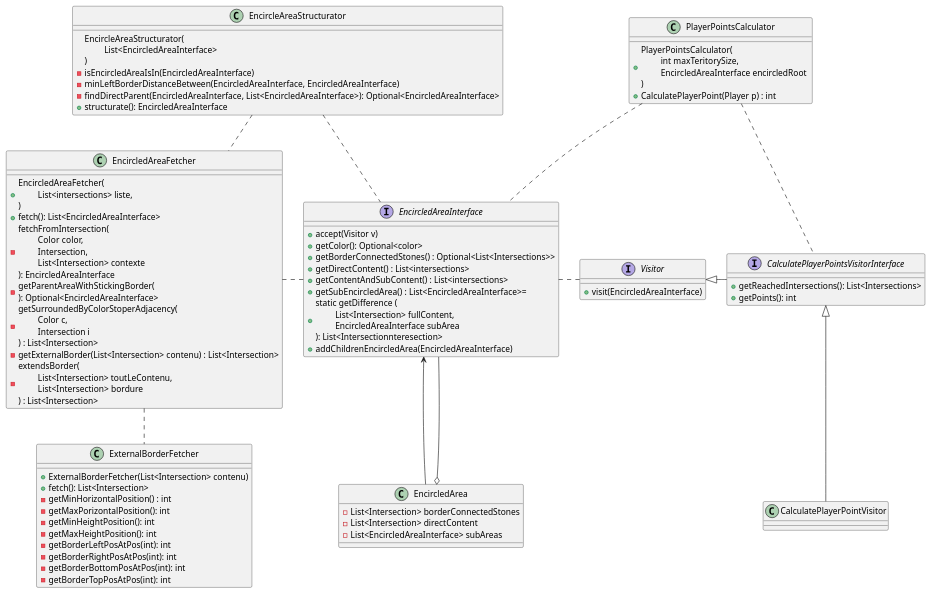
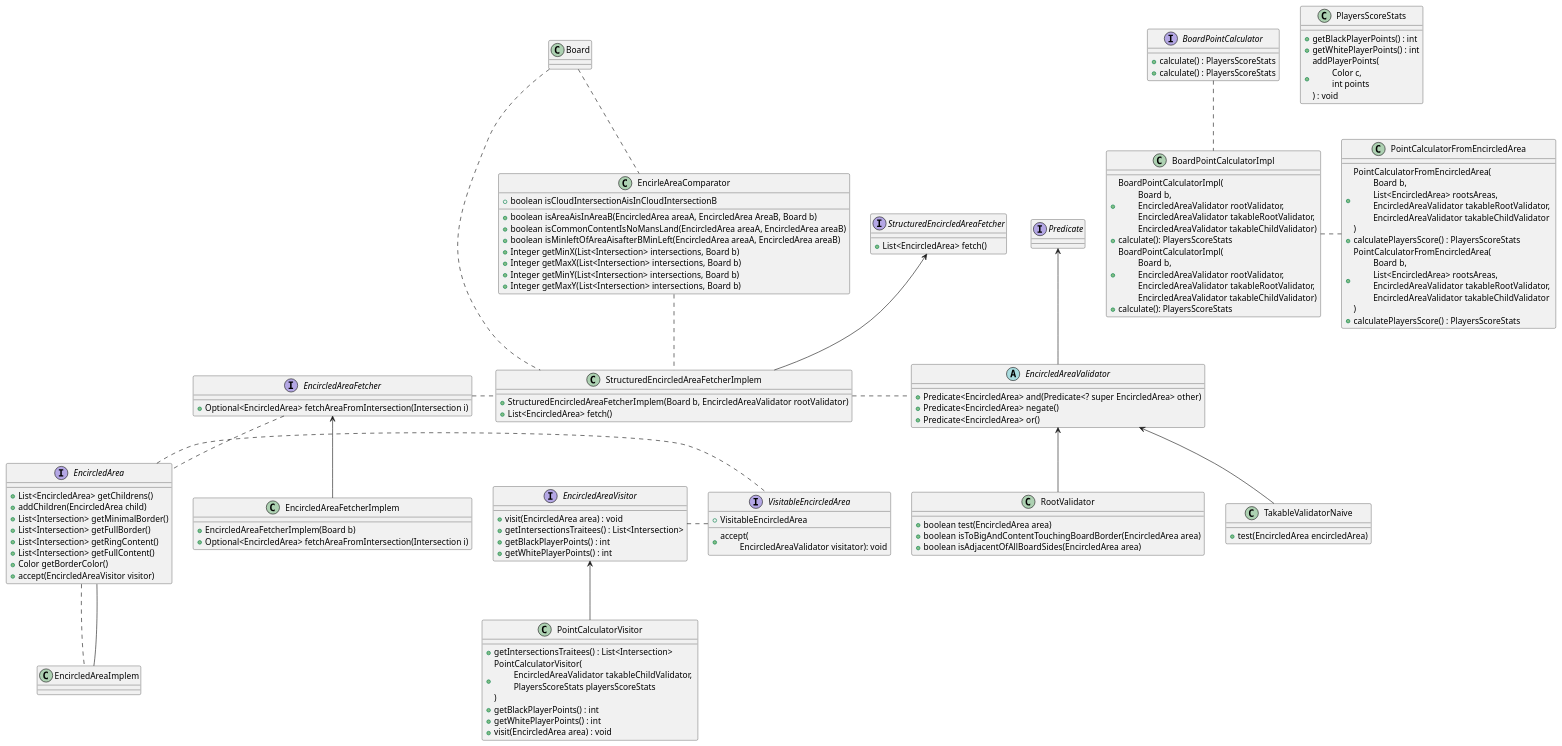
The diagram in src/conceptionComptagePoints.puml (pierrelucueisd/compteurpoints-jeu-go-java), drawn with PlantUML before and after one commit.

Commit message:
ajout pum

```diff
--- a/src/conceptionComptagePoints.puml
+++ b/src/conceptionComptagePoints.puml
@@ -1,79 +1,166 @@
 @startuml
 
+Board .. EncirleAreaComparator
 
-class PlayerPointsCalculator {
-    +PlayerPointsCalculator(\n\t int maxTeritorySize, \n\t EncircledAreaInterface encircledRoot \n)
-    +CalculatePlayerPoint(Player p) : int
+class EncirleAreaComparator {
+    + boolean isAreaAisInAreaB(EncircledArea areaA, EncircledArea AreaB, Board b)
+    + boolean isCloudIntersectionAisInCloudIntersectionB
+    + boolean isCommonContentIsNoMansLand(EncircledArea areaA, EncircledArea areaB)
+    + boolean isMinleftOfAreaAisafterBMinLeft(EncircledArea areaA, EncircledArea areaB)
+    + Integer getMinX(List<Intersection> intersections, Board b)
+    + Integer getMaxX(List<Intersection> intersections, Board b)
+    + Integer getMinY(List<Intersection> intersections, Board b)
+    + Integer getMaxY(List<Intersection> intersections, Board b)
 }
-PlayerPointsCalculator .. CalculatePlayerPointsVisitorInterface
-PlayerPointsCalculator .. EncircledAreaInterface
 
-interface CalculatePlayerPointsVisitorInterface {
-    +getReachedIntersections(): List<Intersections>
-    +getPoints(): int
+interface EncircledAreaFetcher {
++Optional<EncircledArea> fetchAreaFromIntersection(Intersection i)
 }
-CalculatePlayerPointsVisitorInterface <|-- CalculatePlayerPointVisitor
 
-interface Visitor {
-    +visit(EncircledAreaInterface)
+EncircledAreaFetcher <-- EncircledAreaFetcherImplem
+
+class EncircledAreaFetcherImplem {
+ + EncircledAreaFetcherImplem(Board b)
+ + Optional<EncircledArea> fetchAreaFromIntersection(Intersection i)
 }
-Visitor <|- CalculatePlayerPointsVisitorInterface
-EncircledAreaInterface . Visitor
+
+interface StructuredEncircledAreaFetcher {
+ + List<EncircledArea> fetch()
+}
 
 
-Interface EncircledAreaInterface {
-    +accept(Visitor v)
-    +getColor(): Optional<color>
-    +getBorderConnectedStones() : Optional<List<Intersections>>
-    +getDirectContent() : List<intersections>
-    +getContentAndSubContent() : List<intersections>
-    +getSubEncircledArea() : List<EncircledAreaInterface>=
-    + static getDifference (\n\t List<Intersection> fullContent, \n\t EncircledAreaInterface subArea\n): List<Intersectionnteresection>
-    + addChildrenEncircledArea(EncircledAreaInterface)
-}
-class EncircledArea{
-  -List<Intersection> borderConnectedStones
-  -List<Intersection> directContent
-  -List<EncircledAreaInterface> subAreas
+Board .. StructuredEncircledAreaFetcherImplem
+
+StructuredEncircledAreaFetcher <-- StructuredEncircledAreaFetcherImplem
+
+EncircledAreaFetcher . StructuredEncircledAreaFetcherImplem
+EncirleAreaComparator .. StructuredEncircledAreaFetcherImplem
+
+class StructuredEncircledAreaFetcherImplem {
+ + StructuredEncircledAreaFetcherImplem(Board b, EncircledAreaValidator rootValidator)
+ + List<EncircledArea> fetch()
 }
 
-EncircledAreaInterface <-- EncircledArea
-EncircledAreaInterface --o EncircledArea
+interface Predicate
+
+Predicate <-- EncircledAreaValidator
+
+abstract class EncircledAreaValidator {
+    +Predicate<EncircledArea> and(Predicate<? super EncircledArea> other)
+    +Predicate<EncircledArea> negate()
+    +Predicate<EncircledArea> or()
+}
+
+EncircledAreaValidator <-- RootValidator
+
+class RootValidator {
+ + boolean test(EncircledArea area)
+ + boolean isToBigAndContentTouchingBoardBorder(EncircledArea area)
+ + boolean isAdjacentOfAllBoardSides(EncircledArea area)
+}
+
+EncircledAreaValidator <-- TakableValidatorNaive
+
+class TakableValidatorNaive {
+ +test(EncircledArea encircledArea)
+}
+
+StructuredEncircledAreaFetcherImplem . EncircledAreaValidator
+
+BoardPointCalculator .. BoardPointCalculatorImpl
+BoardPointCalculatorImpl . PointCalculatorFromEncircledArea
+
+class PointCalculatorFromEncircledArea {
+    +PointCalculatorFromEncircledArea(\n\t Board b, \n\t List<EncircledArea> rootsAreas, \n\t EncircledAreaValidator takableRootValidator, \n\t EncircledAreaValidator takableChildValidator \n)
+    +calculatePlayersScore() : PlayersScoreStats
+    }
+
+class BoardPointCalculatorImpl {
+    +BoardPointCalculatorImpl(\n\t Board b, \n\t EncircledAreaValidator rootValidator, \n\t EncircledAreaValidator takableRootValidator, \n\t EncircledAreaValidator takableChildValidator)
+    +calculate(): PlayersScoreStats
+}
+
+Interface BoardPointCalculator {
+    +calculate() : PlayersScoreStats
+}
 
 
-class EncircledAreaFetcher{
-    +EncircledAreaFetcher(\n\t List<intersections> liste, \n)
-    +fetch(): List<EncircledAreaInterface>
-    -fetchFromIntersection(\n\t Color color, \n\t Intersection, \n\t List<Intersection> contexte \n): EncircledAreaInterface
-    -getParentAreaWithStickingBorder(\n): Optional<EncircledAreaInterface>
-    -getSurroundedByColorStoperAdjacency(\n\t Color c, \n\t Intersection i \n) : List<Intersection>
-    -getExternalBorder(List<Intersection> contenu) : List<Intersection>
-    -extendsBorder(\n\t List<Intersection> toutLeContenu, \n\t List<Intersection> bordure\n) : List<Intersection>
-}
-EncircledAreaFetcher . EncircledAreaInterface
 
-class EncircleAreaStructurator {
-    EncircleAreaStructurator(\n\t List<EncircledAreaInterface> \n)
-    -isEncircledAreaIsIn(EncircledAreaInterface)
-    -minLeftBorderDistanceBetween(EncircledAreaInterface, EncircledAreaInterface)
-    -findDirectParent(EncircledAreaInterface, List<EncircledAreaInterface>): Optional<EncircledAreaInterface>
-    +structurate(): EncircledAreaInterface
-}
-EncircledAreaFetcher .. ExternalBorderFetcher
-class ExternalBorderFetcher {
-    +ExternalBorderFetcher(List<Intersection> contenu)
-    +fetch(): List<Intersection>
-    -getMinHorizontalPosition() : int
-    -getMaxPorizontalPosition(): int
-    -getMinHeightPosition(): int
-    -getMaxHeightPosition(): int
-    -getBorderLeftPosAtPos(int): int
-    -getBorderRightPosAtPos(int): int
-    -getBorderBottomPosAtPos(int): int
-    -getBorderTopPosAtPos(int): int
+
+
+
+
+
+
+
+
+class PlayersScoreStats {
+    +getBlackPlayerPoints() : int
+    +getWhitePlayerPoints() : int
+    +addPlayerPoints(\n\t Color c, \n\t int points\n) : void
 }
 
-EncircleAreaStructurator .. EncircledAreaFetcher
-EncircleAreaStructurator .. EncircledAreaInterface
+
+class PointCalculatorFromEncircledArea {
+    +PointCalculatorFromEncircledArea(\n\t Board b, \n\t List<EncircledArea> rootsAreas, \n\t EncircledAreaValidator takableRootValidator, \n\t EncircledAreaValidator takableChildValidator \n)
+    +calculatePlayersScore() : PlayersScoreStats
+    }
+
+class BoardPointCalculatorImpl {
+    +BoardPointCalculatorImpl(\n\t Board b, \n\t EncircledAreaValidator rootValidator, \n\t EncircledAreaValidator takableRootValidator, \n\t EncircledAreaValidator takableChildValidator)
+    +calculate(): PlayersScoreStats
+}
+
+Interface BoardPointCalculator {
+    +calculate() : PlayersScoreStats
+}
+Interface VisitableEncircledArea {
+    +VisitableEncircledArea
+    +accept(\n\t EncircledAreaValidator visitator): void
+}
+
+EncircledAreaFetcher .. EncircledArea
+
+class PointCalculatorVisitor{
+  +getIntersectionsTraitees() : List<Intersection>
+  +PointCalculatorVisitor(\n\t EncircledAreaValidator takableChildValidator, \n\t PlayersScoreStats playersScoreStats \n)
+  +getBlackPlayerPoints() : int
+  +getWhitePlayerPoints() : int
+  +visit(EncircledArea area) : void
+}
+
+Interface EncircledAreaVisitor{
+    +visit(EncircledArea area) : void
+    +getIntersectionsTraitees() : List<Intersection>
+    +getBlackPlayerPoints() : int
+    +getWhitePlayerPoints() : int
+}
+
+EncircledAreaVisitor <-- PointCalculatorVisitor
+
+EncircledAreaVisitor . VisitableEncircledArea
+
+
+EncircledArea .. EncircledAreaImplem
+EncircledArea . VisitableEncircledArea
+
+EncircledAreaImplem -- EncircledArea
+
+interface EncircledArea {
+ + List<EncircledArea> getChildrens()
+ + addChildren(EncircledArea child)
+ + List<Intersection> getMinimalBorder()
+ + List<Intersection> getFullBorder()
+ + List<Intersection> getRingContent()
+ + List<Intersection> getFullContent()
+ + Color getBorderColor()
+ + accept(EncircledAreaVisitor visitor)
+}
+
+class EncircledAreaImplem{
+}
+
+
+
 
 @enduml
```
